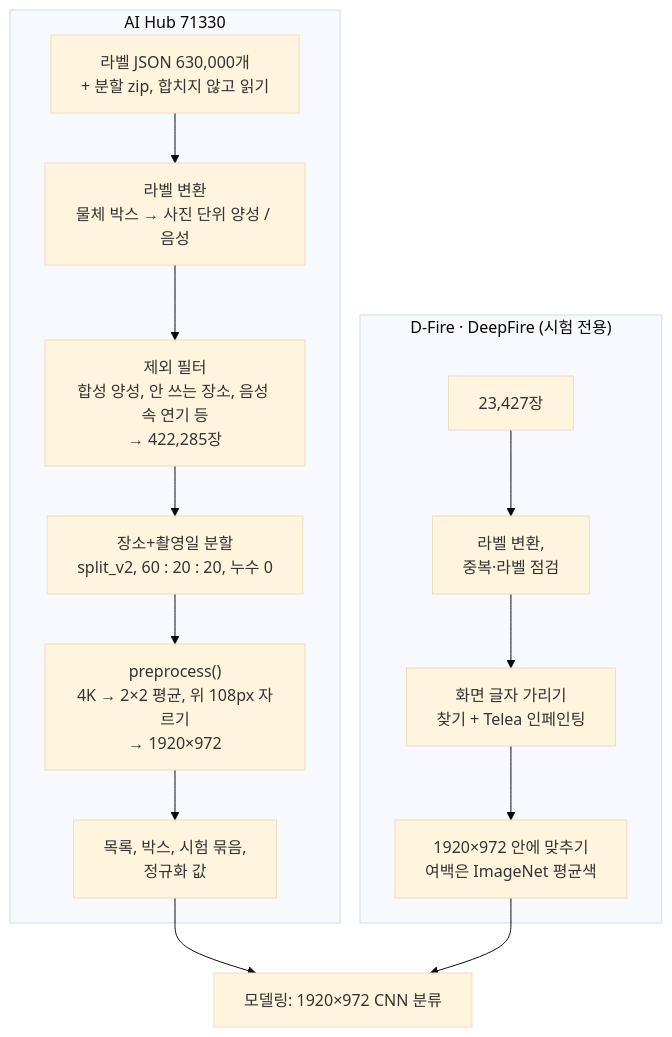
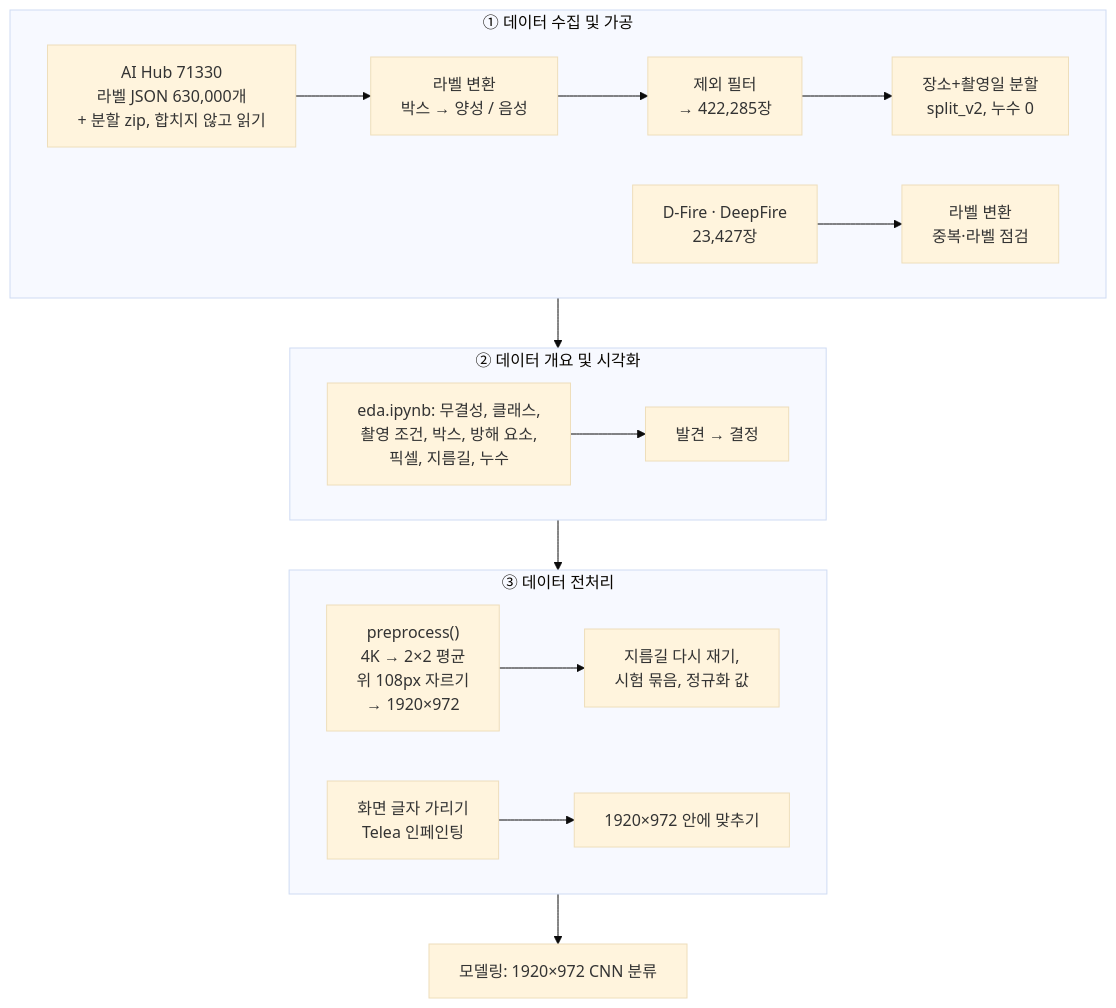
The diagram in README.ko.md (sangj-03/Wildfire-detection), drawn with Mermaid (base theme) before and after one commit. The commit also changed other lines of this file and 52 other files, not shown here.

````diff
--- a/README.ko.md
+++ b/README.ko.md
@@ -27,17 +26,20 @@
 ```mermaid
 flowchart TB
-    subgraph AH["AI Hub 71330"]
-        A1["라벨 JSON 630,000개<br/>+ 분할 zip, 합치지 않고 읽기"] --> A2["라벨 변환<br/>물체 박스 → 사진 단위 양성 / 음성"]
-        A2 --> A3["제외 필터<br/>합성 양성, 안 쓰는 장소, 음성 속 연기 등<br/>→ 422,285장"]
-        A3 --> A4["장소+촬영일 분할<br/>split_v2, 60 : 20 : 20, 누수 0"]
-        A4 --> A5["preprocess()<br/>4K → 2×2 평균, 위 108px 자르기<br/>→ 1920×972"]
-        A5 --> A6["목록, 박스, 시험 묶음,<br/>정규화 값"]
+    subgraph S1["① 데이터 수집 및 가공"]
+        direction LR
+        A1["AI Hub 71330<br/>라벨 JSON 630,000개<br/>+ 분할 zip, 합치지 않고 읽기"] --> A2["라벨 변환<br/>박스 → 양성 / 음성"]
+        A2 --> A3["제외 필터<br/>→ 422,285장"]
+        A3 --> A4["장소+촬영일 분할<br/>split_v2, 누수 0"]
+        B1["D-Fire · DeepFire<br/>23,427장"] --> B2["라벨 변환<br/>중복·라벨 점검"]
     end
-    subgraph EX["D-Fire · DeepFire (시험 전용)"]
-        B1["23,427장"] --> B2["라벨 변환,<br/>중복·라벨 점검"]
-        B2 --> B3["화면 글자 가리기<br/>찾기 + Telea 인페인팅"]
-        B3 --> B4["1920×972 안에 맞추기<br/>여백은 ImageNet 평균색"]
+    subgraph S2["② 데이터 개요 및 시각화"]
+        direction LR
+        E1["eda.ipynb: 무결성, 클래스,<br/>촬영 조건, 박스, 방해 요소,<br/>픽셀, 지름길, 누수"] --> E2["발견 → 결정"]
     end
-    A6 --> M["모델링: 1920×972 CNN 분류"]
-    B4 --> M
+    subgraph S3["③ 데이터 전처리"]
+        direction LR
+        P1["preprocess()<br/>4K → 2×2 평균<br/>위 108px 자르기<br/>→ 1920×972"] --> P2["지름길 다시 재기,<br/>시험 묶음, 정규화 값"]
+        Q1["화면 글자 가리기<br/>Telea 인페인팅"] --> Q2["1920×972 안에 맞추기"]
+    end
+    S1 --> S2 --> S3 --> M["모델링: 1920×972 CNN 분류"]
 ```
````
